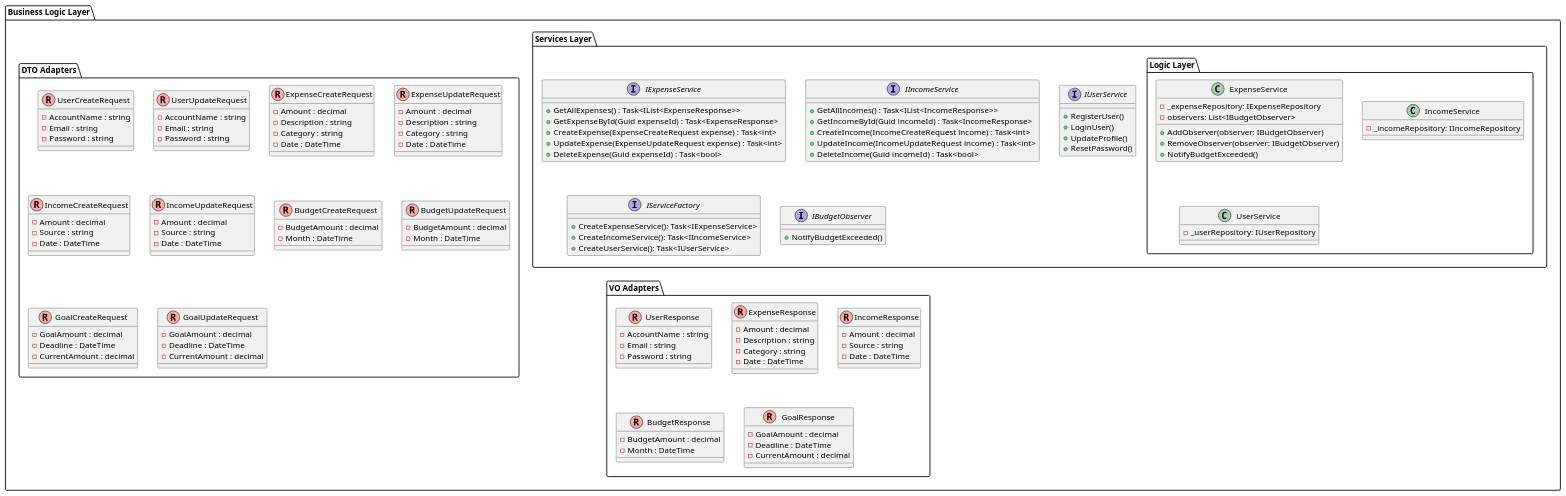
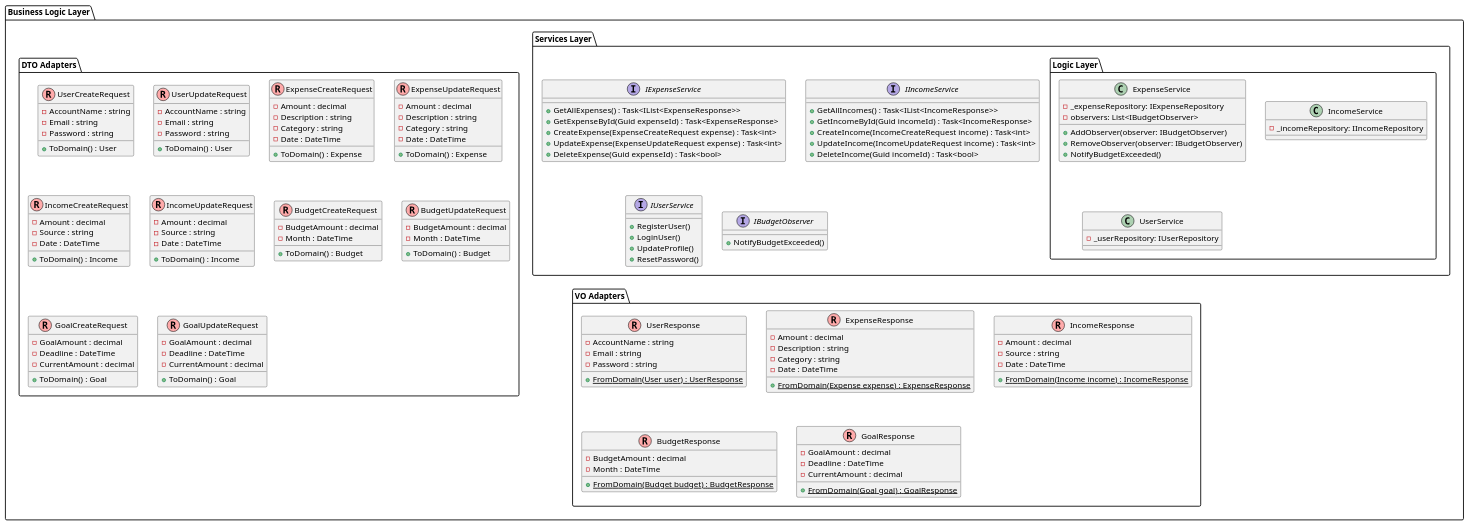
Before and after one commit to programacion-6/ExpenseTrackerGrupo2: the diagram in docs/uml/business-logic.puml, drawn with PlantUML.

Commit message:
docs: remove unused interface; add mapper functions in `DTOs` and `VOs`

```diff
--- a/docs/uml/business-logic.puml
+++ b/docs/uml/business-logic.puml
@@ -1,154 +1,162 @@
 @startuml Business
 
 package "Business Logic Layer" {
     package "Services Layer" {
         interface IExpenseService {
             + GetAllExpenses() : Task<IList<ExpenseResponse>>
             + GetExpenseById(Guid expenseId) : Task<ExpenseResponse>
             + CreateExpense(ExpenseCreateRequest expense) : Task<int>
             + UpdateExpense(ExpenseUpdateRequest expense) : Task<int>
             + DeleteExpense(Guid expenseId) : Task<bool>
         }
 
         interface IIncomeService {
             + GetAllIncomes() : Task<IList<IncomeResponse>>
             + GetIncomeById(Guid incomeId) : Task<IncomeResponse>
             + CreateIncome(IncomeCreateRequest income) : Task<int>
             + UpdateIncome(IncomeUpdateRequest income) : Task<int>
             + DeleteIncome(Guid incomeId) : Task<bool>
         }
 
         interface IUserService {
             + RegisterUser()
             + LoginUser()
             + UpdateProfile()
             + ResetPassword()
-        }
-
-        ' Applying Factory Pattern for Services
-        interface IServiceFactory {
-            + CreateExpenseService(): Task<IExpenseService>
-            + CreateIncomeService(): Task<IIncomeService>
-            + CreateUserService(): Task<IUserService>
         }
 
         ' Observer pattern to notify about budget thresholds
         interface IBudgetObserver {
             + NotifyBudgetExceeded()
         }
 
         package "Logic Layer" {
             class ExpenseService {
                 - _expenseRepository: IExpenseRepository
                 - observers: List<IBudgetObserver>
                 + AddObserver(observer: IBudgetObserver)
                 + RemoveObserver(observer: IBudgetObserver)
                 + NotifyBudgetExceeded()
             }
 
             class IncomeService {
                 - _incomeRepository: IIncomeRepository
             }
 
             class UserService {
                 - _userRepository: IUserRepository
             }
         }
     }
 
     package "DTO Adapters" {
         class UserCreateRequest << (R, #FFAAAA) >> {
             - AccountName : string
             - Email : string
             - Password : string
+            + ToDomain() : User
         }
 
         class UserUpdateRequest << (R, #FFAAAA) >> {
             - AccountName : string
             - Email : string
             - Password : string
+            + ToDomain() : User
         }
 
         class ExpenseCreateRequest << (R, #FFAAAA) >> {
             - Amount : decimal
             - Description : string
             - Category : string
             - Date : DateTime
+            + ToDomain() : Expense
         }
 
         class ExpenseUpdateRequest << (R, #FFAAAA) >> {
             - Amount : decimal
             - Description : string
             - Category : string
             - Date : DateTime
+            + ToDomain() : Expense
         }
 
         class IncomeCreateRequest << (R, #FFAAAA) >> {
             - Amount : decimal
             - Source : string
             - Date : DateTime
+            + ToDomain() : Income
         }
 
         class IncomeUpdateRequest << (R, #FFAAAA) >> {
             - Amount : decimal
             - Source : string
             - Date : DateTime
+            + ToDomain() : Income
         }
 
         class BudgetCreateRequest << (R, #FFAAAA) >> {
             - BudgetAmount : decimal 
             - Month : DateTime
+            + ToDomain() : Budget
         }
 
         class BudgetUpdateRequest << (R, #FFAAAA) >> {
             - BudgetAmount : decimal 
             - Month : DateTime
+            + ToDomain() : Budget
         }
 
         class GoalCreateRequest << (R, #FFAAAA) >> {
             - GoalAmount : decimal
             - Deadline : DateTime
             - CurrentAmount : decimal
+            + ToDomain() : Goal
         }
 
         class GoalUpdateRequest << (R, #FFAAAA) >> {
             - GoalAmount : decimal
             - Deadline : DateTime
             - CurrentAmount : decimal
+            + ToDomain() : Goal
         }
     }
 
     package "VO Adapters" {
         class UserResponse << (R, #FFAAAA) >> {
             - AccountName : string
             - Email : string
             - Password : string
+            + {static} FromDomain(User user) : UserResponse
         }
 
         class ExpenseResponse << (R, #FFAAAA) >> {
             - Amount : decimal
             - Description : string
             - Category : string
             - Date : DateTime
+            + {static} FromDomain(Expense expense) : ExpenseResponse
         }
 
         class IncomeResponse << (R, #FFAAAA) >> {
             - Amount : decimal
             - Source : string
             - Date : DateTime
+            + {static} FromDomain(Income income) : IncomeResponse
         }
 
         class BudgetResponse << (R, #FFAAAA) >> {
             - BudgetAmount : decimal 
             - Month : DateTime
+            + {static} FromDomain(Budget budget) : BudgetResponse
         }
 
         class GoalResponse << (R, #FFAAAA) >> {
             - GoalAmount : decimal
             - Deadline : DateTime
             - CurrentAmount : decimal
+            + {static} FromDomain(Goal goal) : GoalResponse
         }
     }
 }
 
 @enduml
```
